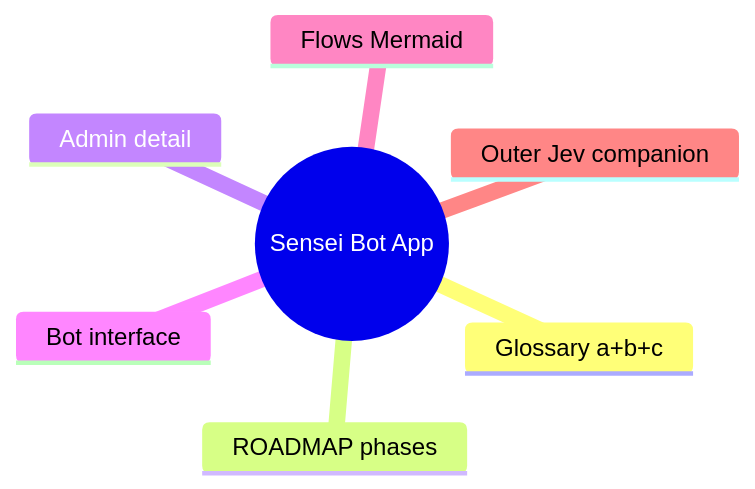
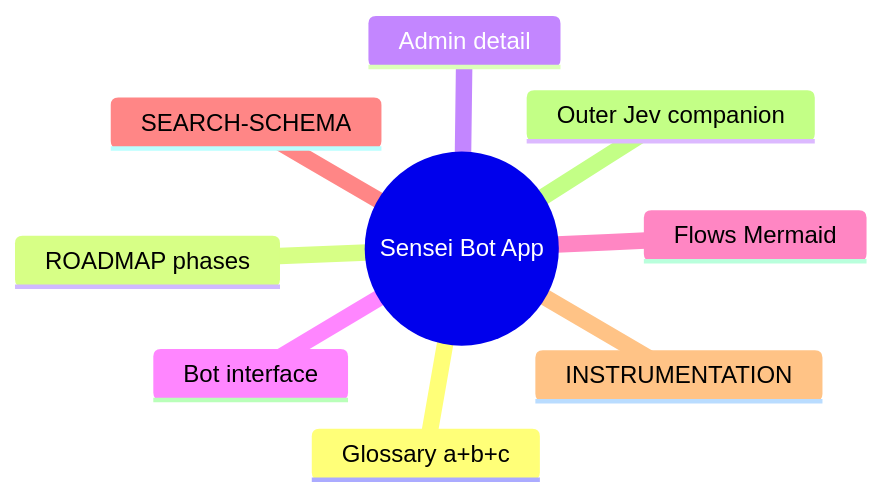
Before and after one commit to S1R1US-AI/lab3-visible-sandbox: the third of 3 diagrams in ops/sensei/flows/05-sensei-app-baseline.md, drawn with Mermaid. The commit also changed other lines of this file and 16 other files, not shown here.

First line of the commit message:
docs(sensei): Lab 3 bot workflow diagrams, ROADMAP, search schema, instrumentation (#11)

````diff
--- a/ops/sensei/flows/05-sensei-app-baseline.md
+++ b/ops/sensei/flows/05-sensei-app-baseline.md
@@ -20,10 +33,12 @@
 ```mermaid
 mindmap
   root((Sensei Bot App))
     Glossary a+b+c
     ROADMAP phases
     Admin detail
     Bot interface
     Flows Mermaid
+    SEARCH-SCHEMA
+    INSTRUMENTATION
     Outer Jev companion
 ```
````
